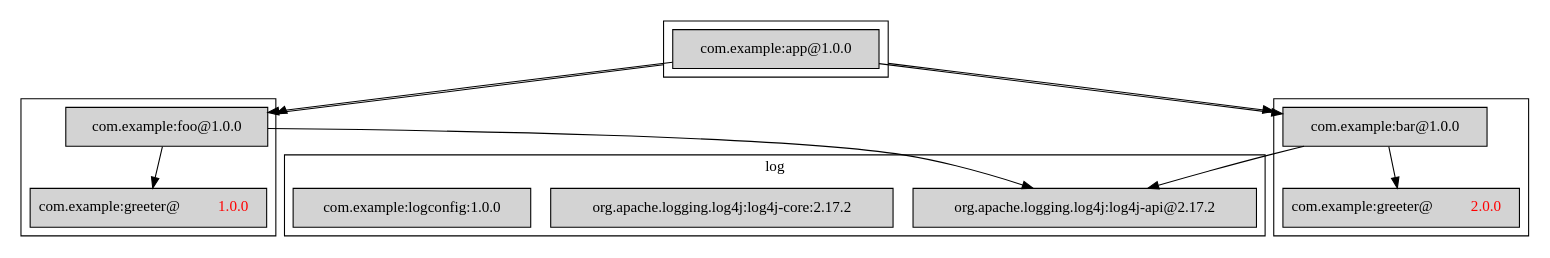
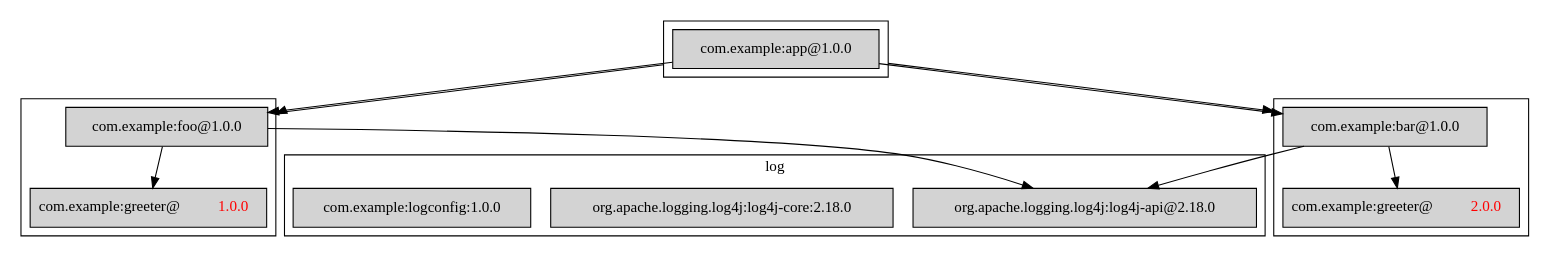
One commit to moditect/layrry changed the diagram in images/example.dot. Above: the diagram before and after it, drawn with Graphviz. The commit also changed 9 other files, not shown here.

```diff
--- a/images/example.dot
+++ b/images/example.dot
@@ -1,45 +1,45 @@
 
 
 
 digraph "package dependencies"
 {
     node [shape=box]
     compound=true;
     
     subgraph cluster_log {
         node [style=filled];
-        "org.apache.logging.log4j:log4j-api@2.17.2"
-        "org.apache.logging.log4j:log4j-core:2.17.2"
+        "org.apache.logging.log4j:log4j-api@2.18.0"
+        "org.apache.logging.log4j:log4j-core:2.18.0"
         "com.example:logconfig:1.0.0"
     	label = "log";
     }
     
     subgraph cluster_foo {
         node [style=filled];
         
         
         "com.example:foo@1.0.0";
         "com.example:greeter@1.0.0" [label=<com.example:greeter@<font color='red'>1.0.0</font>>];
         
-        "com.example:foo@1.0.0" -> "org.apache.logging.log4j:log4j-api@2.17.2";
+        "com.example:foo@1.0.0" -> "org.apache.logging.log4j:log4j-api@2.18.0";
         "com.example:foo@1.0.0" -> "com.example:greeter@1.0.0";
     }
     
     subgraph cluster_bar {
         node [style=filled];
         
         "com.example:greeter@2.0.0" [label=<com.example:greeter@<font color='red'>2.0.0</font>>];
-        "com.example:bar@1.0.0" -> "org.apache.logging.log4j:log4j-api@2.17.2";
+        "com.example:bar@1.0.0" -> "org.apache.logging.log4j:log4j-api@2.18.0";
         "com.example:bar@1.0.0" -> "com.example:greeter@2.0.0";
     }
     
     subgraph cluster_app {
         node [style=filled];
         
         "com.example:app@1.0.0"  -> "com.example:foo@1.0.0";
         "com.example:app@1.0.0"  -> "com.example:bar@1.0.0";
         
         "com.example:app@1.0.0"  -> "com.example:foo@1.0.0" [ltail=cluster_app,lhead=cluster_foo];
         "com.example:app@1.0.0"  -> "com.example:bar@1.0.0" [ltail=cluster_app,lhead=cluster_bar];
     }
 }
```
